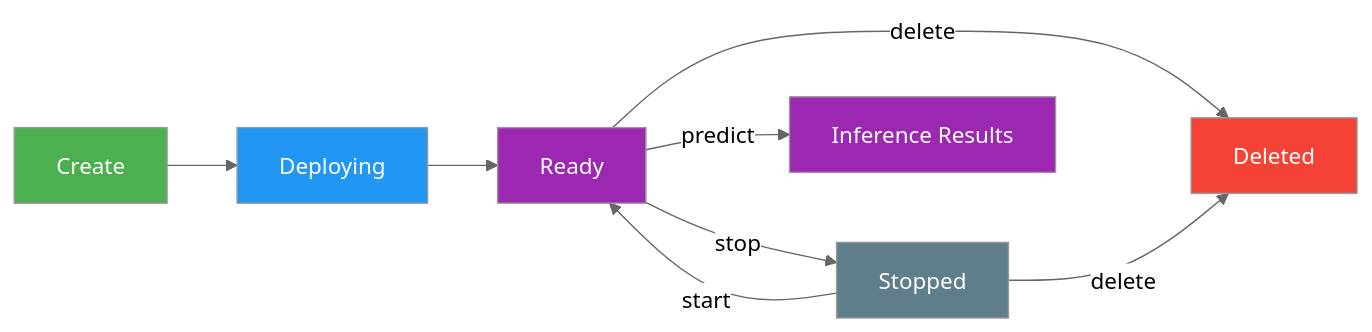
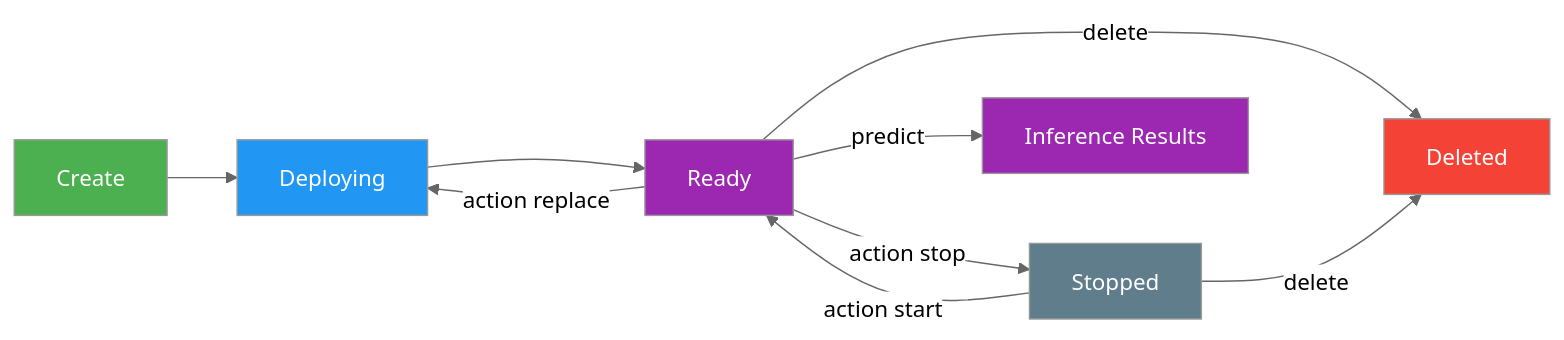
The fourth of 4 diagrams in orddc2024/predictors/yolo26/docs/en/platform/api/index.md (himanshunaidu/orddc2024_yolo_sidewalk), drawn with Mermaid (neutral theme) before and after one commit. The commit also changed other lines of this file and 538 other files, not shown here.

````diff
--- a/orddc2024/predictors/yolo26/docs/en/platform/api/index.md
+++ b/orddc2024/predictors/yolo26/docs/en/platform/api/index.md
@@ -1116,16 +1684,17 @@
 ```mermaid
 graph LR
     A[Create]:::start --> B[Deploying]:::proc
     B --> C[Ready]:::out
-    C -->|stop| D[Stopped]:::extern
-    D -->|start| C
+    C -->|action stop| D[Stopped]:::extern
+    C -->|action replace| B
+    D -->|action start| C
     C -->|delete| E[Deleted]:::error
     D -->|delete| E
     C -->|predict| F[Inference Results]:::out
 
     classDef start fill:#4CAF50,color:#fff
     classDef proc fill:#2196F3,color:#fff
     classDef out fill:#9C27B0,color:#fff
     classDef error fill:#F44336,color:#fff
     classDef extern fill:#607D8B,color:#fff
 ```
````
